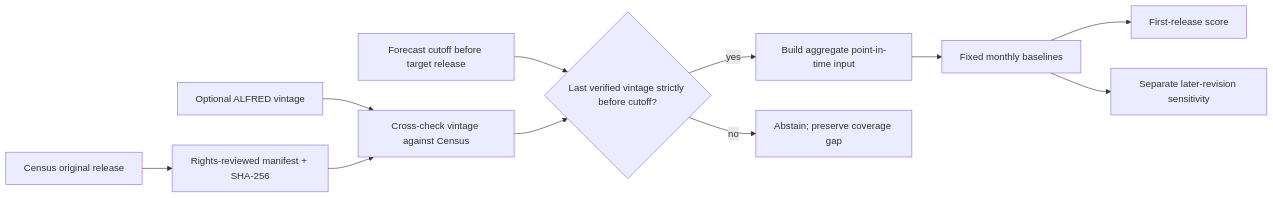
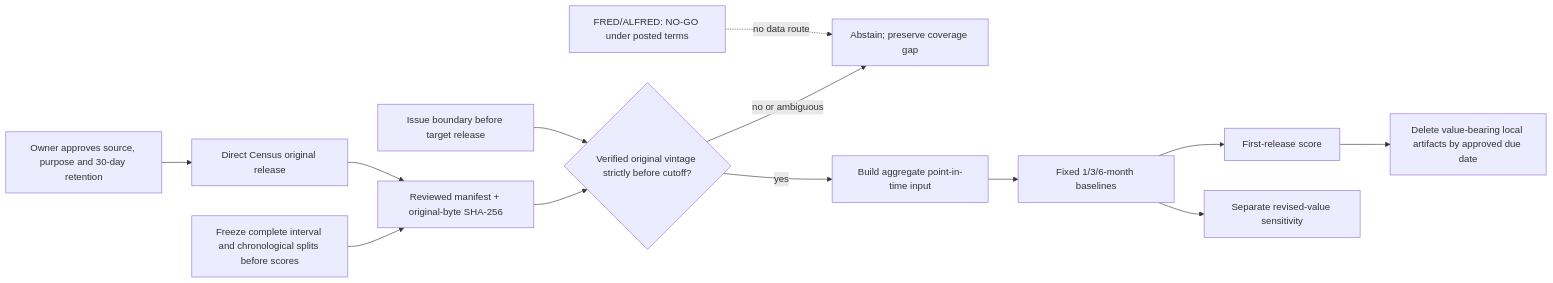
The diagram in docs/engineering/CENSUS_ALFRED_VINTAGE_PROTOCOL.md (GustavoMFDS/MirrorMind), drawn with Mermaid before and after one commit. The commit also changed other lines of this file and 9 other files, not shown here.

Commit message:
docs(census): clarify source use terms

````diff
--- a/docs/engineering/CENSUS_ALFRED_VINTAGE_PROTOCOL.md
+++ b/docs/engineering/CENSUS_ALFRED_VINTAGE_PROTOCOL.md
@@ -62,13 +85,15 @@
 ```mermaid
 flowchart LR
-  C[Census original release] --> M[Rights-reviewed manifest + SHA-256]
-  A[Optional ALFRED vintage] --> V[Cross-check vintage against Census]
+  O[Owner approves source, purpose and 30-day retention] --> C[Direct Census original release]
+  FRED[FRED/ALFRED: NO-GO under posted terms] -. no data route .-> X
+  C --> M[Reviewed manifest + original-byte SHA-256]
+  S[Freeze complete interval and chronological splits before scores] --> M
+  T[Issue boundary before target release] --> V{Verified original vintage strictly before cutoff?}
   M --> V
-  T[Forecast cutoff before target release] --> S{Last verified vintage strictly before cutoff?}
-  V --> S
-  S -->|yes| I[Build aggregate point-in-time input]
-  S -->|no| X[Abstain; preserve coverage gap]
-  I --> F[Fixed monthly baselines]
-  F --> P[First-release score]
-  F --> R[Separate later-revision sensitivity]
+  V -->|yes| I[Build aggregate point-in-time input]
+  V -->|no or ambiguous| X[Abstain; preserve coverage gap]
+  I --> B[Fixed 1/3/6-month baselines]
+  B --> P[First-release score]
+  B --> R[Separate revised-value sensitivity]
+  P --> D[Delete value-bearing local artifacts by approved due date]
 ```
````
